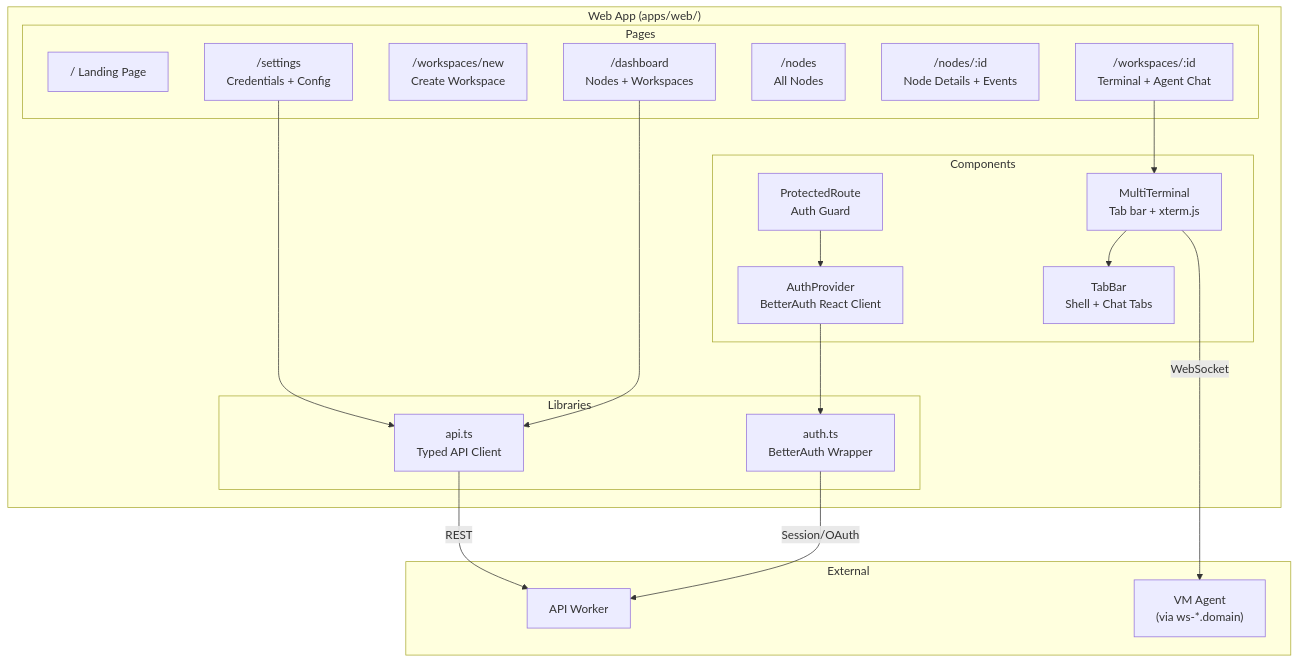
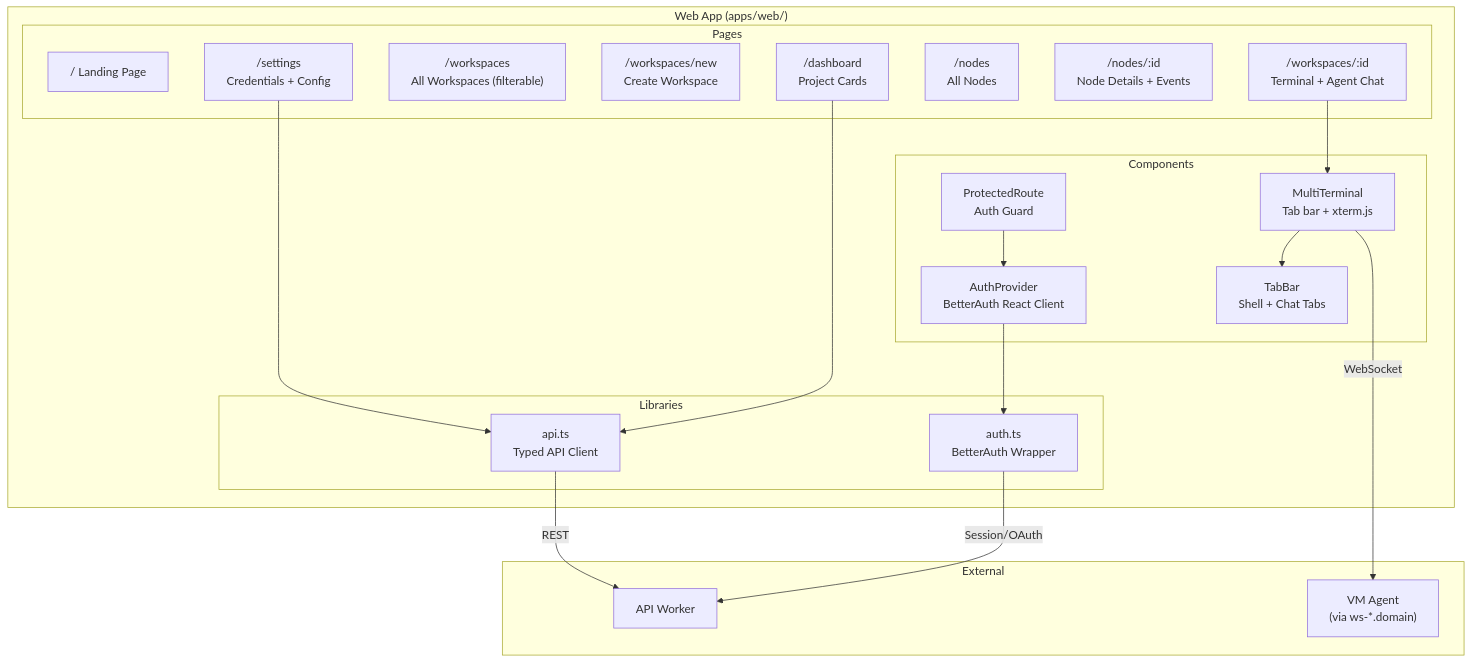
Before and after one commit to raphaeltm/simple-agent-manager: the fourth of 17 diagrams in docs/architecture/walkthrough.md, drawn with Mermaid. The commit also changed 7 other files, not shown here.

````diff
--- a/docs/architecture/walkthrough.md
+++ b/docs/architecture/walkthrough.md
@@ -226,41 +226,42 @@
 ```mermaid
 graph TB
     subgraph "Web App (apps/web/)"
         subgraph "Pages"
             Landing["/ Landing Page"]
-            Dashboard["/dashboard<br/>Nodes + Workspaces"]
+            Dashboard["/dashboard<br/>Project Cards"]
+            WSList["/workspaces<br/>All Workspaces (filterable)"]
             CreateWS["/workspaces/new<br/>Create Workspace"]
             WSView["/workspaces/:id<br/>Terminal + Agent Chat"]
             NodeList["/nodes<br/>All Nodes"]
             NodeView["/nodes/:id<br/>Node Details + Events"]
             Settings["/settings<br/>Credentials + Config"]
         end
 
         subgraph "Components"
             AuthProvider["AuthProvider<br/>BetterAuth React Client"]
             ProtectedRoute["ProtectedRoute<br/>Auth Guard"]
             MultiTerminal["MultiTerminal<br/>Tab bar + xterm.js"]
             TabBar["TabBar<br/>Shell + Chat Tabs"]
         end
 
         subgraph "Libraries"
             APIClient["api.ts<br/>Typed API Client"]
             AuthLib["auth.ts<br/>BetterAuth Wrapper"]
         end
     end
 
     subgraph "External"
         API["API Worker"]
         VMAgent["VM Agent<br/>(via ws-*.domain)"]
     end
 
     AuthProvider --> AuthLib
     AuthLib -->|"Session/OAuth"| API
     ProtectedRoute --> AuthProvider
     Dashboard --> APIClient
     WSView --> MultiTerminal
     MultiTerminal -->|"WebSocket"| VMAgent
     MultiTerminal --> TabBar
     APIClient -->|"REST"| API
     Settings --> APIClient
 ```
````
